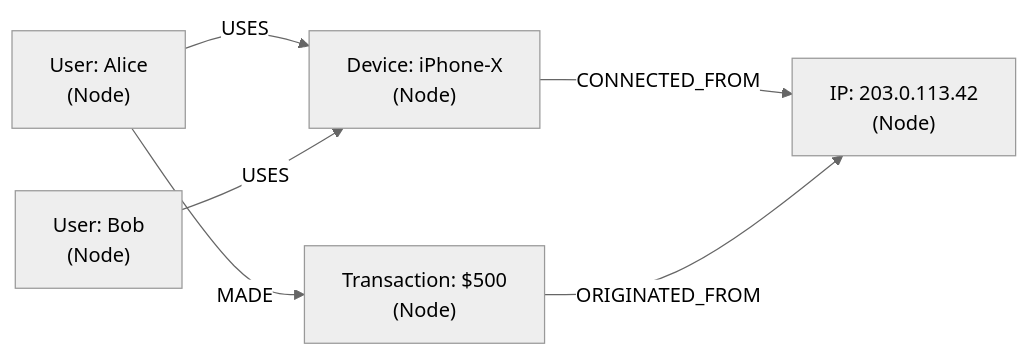
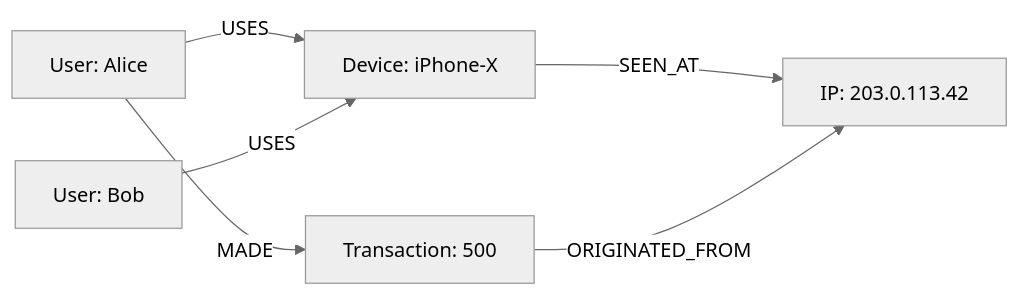
One commit to sanketn26/data-engineering changed the first of 2 diagrams in docs/graph/graph-thinking.md. Above: the diagram before and after it, drawn with Mermaid (neutral theme). The commit also changed other lines of this file and 107 other files, not shown here.

````diff
--- a/docs/graph/graph-thinking.md
+++ b/docs/graph/graph-thinking.md
@@ -91,14 +54,14 @@
 ```mermaid
 graph LR
-    U1["User: Alice\n(Node)"]
-    U2["User: Bob\n(Node)"]
-    D1["Device: iPhone-X\n(Node)"]
-    IP1["IP: 203.0.113.42\n(Node)"]
-    T1["Transaction: $500\n(Node)"]
+    U1["User: Alice"]
+    U2["User: Bob"]
+    D1["Device: iPhone-X"]
+    IP1["IP: 203.0.113.42"]
+    T1["Transaction: 500"]
 
     U1 -->|"USES"| D1
     U2 -->|"USES"| D1
-    D1 -->|"CONNECTED_FROM"| IP1
+    D1 -->|"SEEN_AT"| IP1
     U1 -->|"MADE"| T1
     T1 -->|"ORIGINATED_FROM"| IP1
 ```
````
